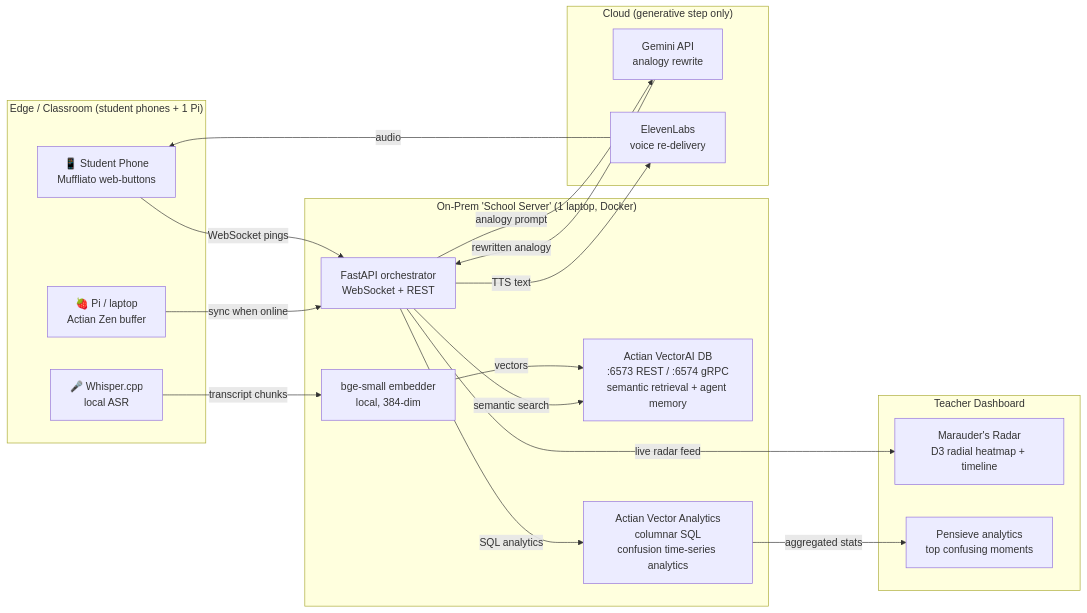
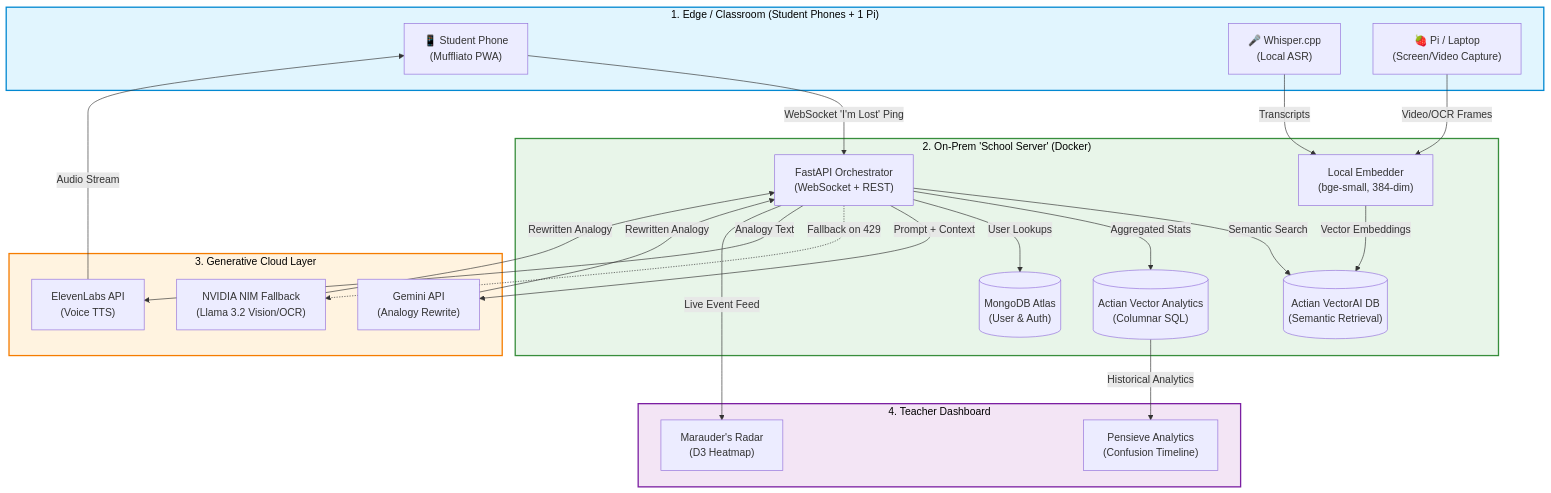
The diagram in README.md (Sourodyuti/TeamTraction), drawn with Mermaid before and after one commit. The commit also changed other lines of this file, not shown here.

Commit message:
docs: write comprehensive README documentation with architecture flow

````diff
--- a/README.md
+++ b/README.md
@@ -22,34 +54,63 @@
 ```mermaid
-flowchart LR
-  subgraph EDGE["Edge / Classroom (student phones + 1 Pi)"]
-    P1["📱 Student Phone<br/>Muffliato web-buttons"]
-    P2["🎤 Whisper.cpp<br/>local ASR"]
-    P3["🍓 Pi / laptop<br/>Actian Zen buffer"]
+flowchart TD
+  %% Edge / Classroom Layer
+  subgraph EDGE ["1. Edge / Classroom (Student Phones + 1 Pi)"]
+    P1["📱 Student Phone<br/>(Muffliato PWA)"]
+    P2["🎤 Whisper.cpp<br/>(Local ASR)"]
+    P3["🍓 Pi / Laptop<br/>(Screen/Video Capture)"]
   end
-  subgraph CORE["On-Prem 'School Server' (1 laptop, Docker)"]
-    ADB["Actian VectorAI DB<br/>:6573 REST / :6574 gRPC<br/>semantic retrieval + agent memory"]
-    AVEC["Actian Vector Analytics<br/>columnar SQL<br/>confusion time-series analytics"]
-    API["FastAPI orchestrator<br/>WebSocket + REST"]
-    EMB["bge-small embedder<br/>local, 384-dim"]
+
+  %% On-Prem School Server Layer
+  subgraph CORE ["2. On-Prem 'School Server' (Docker)"]
+    API["FastAPI Orchestrator<br/>(WebSocket + REST)"]
+    EMB["Local Embedder<br/>(bge-small, 384-dim)"]
+    ADB[("Actian VectorAI DB<br/>(Semantic Retrieval)")]
+    AVEC[("Actian Vector Analytics<br/>(Columnar SQL)")]
+    MONGO[("MongoDB Atlas<br/>(User & Auth)")]
   end
-  subgraph CLOUD["Cloud (generative step only)"]
-    GEM["Gemini API<br/>analogy rewrite"]
-    ELE["ElevenLabs<br/>voice re-delivery"]
+
+  %% Generative Cloud Layer
+  subgraph CLOUD ["3. Generative Cloud Layer"]
+    GEM["Gemini API<br/>(Analogy Rewrite)"]
+    NVIDIA["NVIDIA NIM Fallback<br/>(Llama 3.2 Vision/OCR)"]
+    ELE["ElevenLabs API<br/>(Voice TTS)"]
   end
-  subgraph UI["Teacher Dashboard"]
-    RAD["Marauder's Radar<br/>D3 radial heatmap + timeline"]
-    PEN["Pensieve analytics<br/>top confusing moments"]
+
+  %% Teacher Dashboard Layer
+  subgraph UI ["4. Teacher Dashboard"]
+    RAD["Marauder's Radar<br/>(D3 Heatmap)"]
+    PEN["Pensieve Analytics<br/>(Confusion Timeline)"]
   end
-  P1 -- WebSocket pings --> API
-  P2 -- transcript chunks --> EMB
-  P3 -- sync when online --> API
-  EMB -- vectors --> ADB
-  API -- semantic search --> ADB
-  API -- SQL analytics --> AVEC
-  API -- analogy prompt --> GEM
-  GEM -- rewritten analogy --> API
-  API -- TTS text --> ELE
-  ELE -- audio --> P1
-  API -- live radar feed --> RAD
-  AVEC -- aggregated stats --> PEN
+
+  %% Data Flow Connections
+  P1 -- "WebSocket 'I'm Lost' Ping" --> API
+  P2 -- "Transcripts" --> EMB
+  P3 -- "Video/OCR Frames" --> EMB
+  
+  EMB -- "Vector Embeddings" --> ADB
+  API -- "Semantic Search" --> ADB
+  API -- "Aggregated Stats" --> AVEC
+  API -- "User Lookups" --> MONGO
+  
+  API -- "Prompt + Context" --> GEM
+  API -. "Fallback on 429" .-> NVIDIA
+  GEM -- "Rewritten Analogy" --> API
+  NVIDIA -- "Rewritten Analogy" --> API
+  
+  API -- "Analogy Text" --> ELE
+  ELE -- "Audio Stream" --> P1
+  
+  API -- "Live Event Feed" --> RAD
+  AVEC -- "Historical Analytics" --> PEN
+
+  %% Styling
+  classDef edge fill:#e1f5fe,stroke:#0288d1,stroke-width:2px,color:#000
+  classDef core fill:#e8f5e9,stroke:#388e3c,stroke-width:2px,color:#000
+  classDef cloud fill:#fff3e0,stroke:#f57c00,stroke-width:2px,color:#000
+  classDef ui fill:#f3e5f5,stroke:#7b1fa2,stroke-width:2px,color:#000
+  
+  class EDGE edge
+  class CORE core
+  class CLOUD cloud
+  class UI ui
 ```
````
